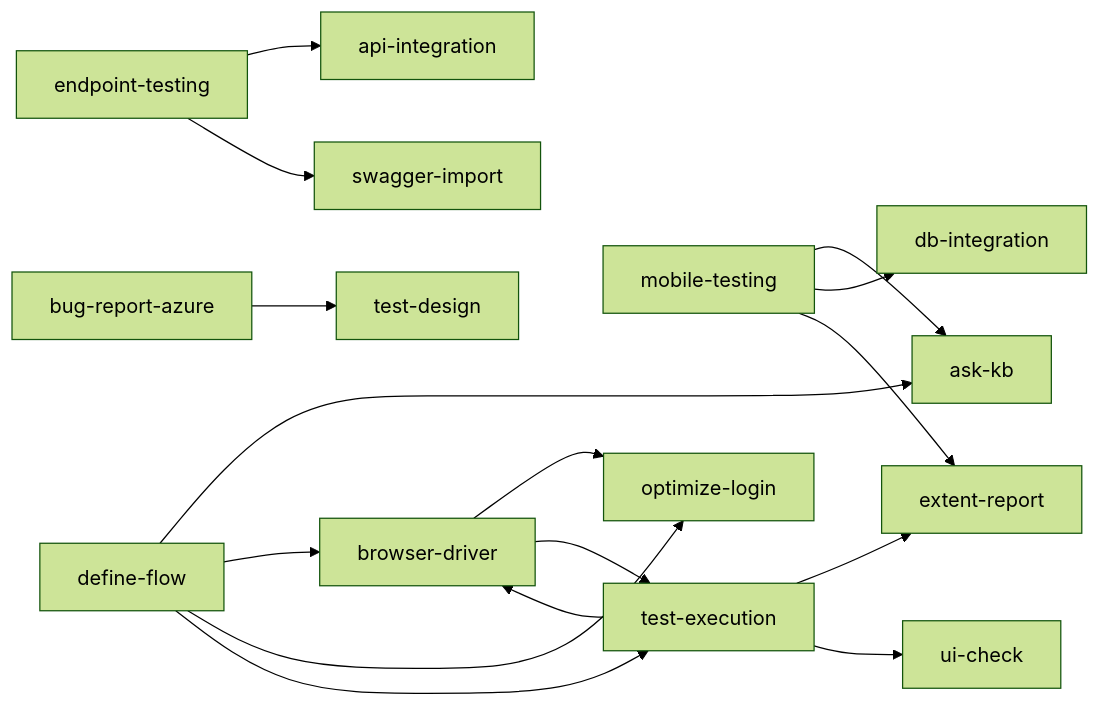
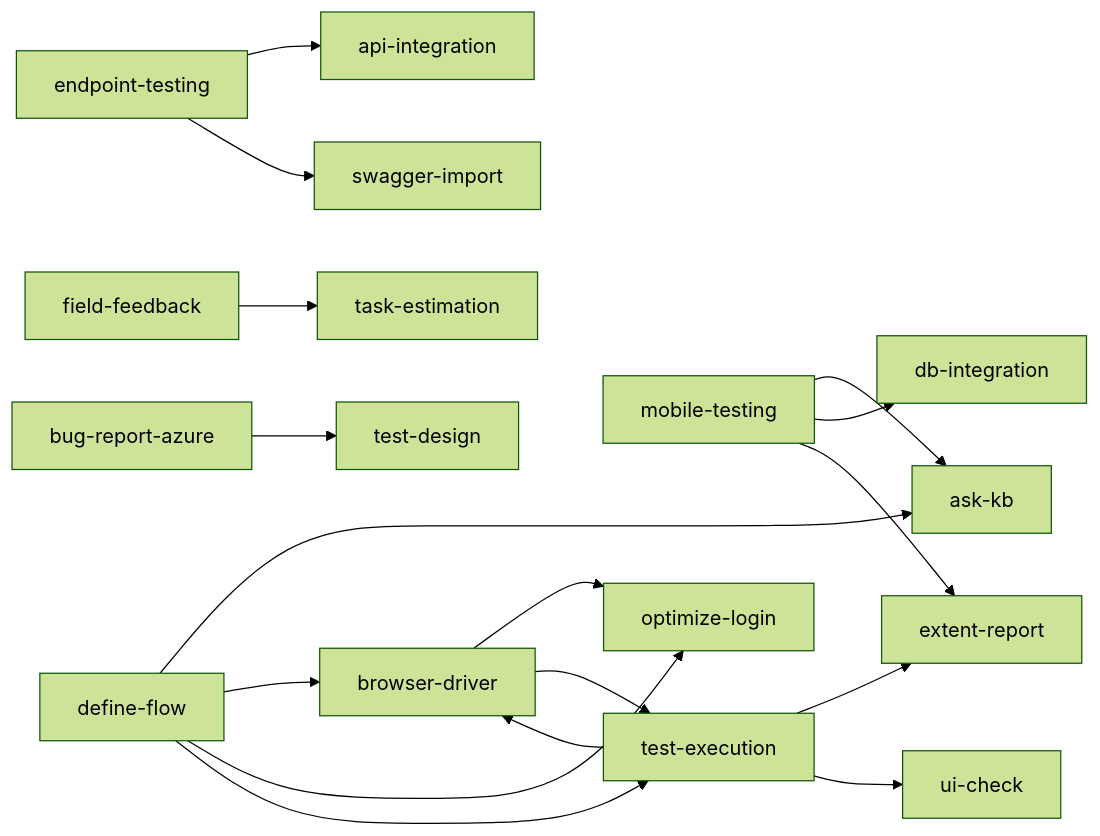
One commit to MhmdElGazzar/agentex changed the second of 2 diagrams in README.md. Above: the diagram before and after it, drawn with Mermaid (forest theme). The commit also changed other lines of this file and 1 other file, not shown here.

First line of the commit message:
chore(release-1.0.0): post-refresh fixes — README architecture map regenerated; lint allowlists the re-proof script's env

````diff
--- a/README.md
+++ b/README.md
@@ -121,32 +123,35 @@
 ```mermaid
 flowchart LR
   s_api_integration["api-integration"]
   s_ask_kb["ask-kb"]
   s_browser_driver["browser-driver"]
   s_bug_report_azure["bug-report-azure"]
   s_db_integration["db-integration"]
   s_define_flow["define-flow"]
   s_endpoint_testing["endpoint-testing"]
   s_extent_report["extent-report"]
+  s_field_feedback["field-feedback"]
   s_mobile_testing["mobile-testing"]
   s_optimize_login["optimize-login"]
   s_swagger_import["swagger-import"]
+  s_task_estimation["task-estimation"]
   s_test_design["test-design"]
   s_test_execution["test-execution"]
   s_ui_check["ui-check"]
   s_browser_driver --> s_optimize_login
   s_browser_driver --> s_test_execution
   s_bug_report_azure --> s_test_design
   s_define_flow --> s_ask_kb
   s_define_flow --> s_browser_driver
   s_define_flow --> s_optimize_login
   s_define_flow --> s_test_execution
   s_endpoint_testing --> s_api_integration
   s_endpoint_testing --> s_swagger_import
+  s_field_feedback --> s_task_estimation
   s_mobile_testing --> s_ask_kb
   s_mobile_testing --> s_db_integration
   s_mobile_testing --> s_extent_report
   s_test_execution --> s_browser_driver
   s_test_execution --> s_extent_report
   s_test_execution --> s_ui_check
 ```
````
